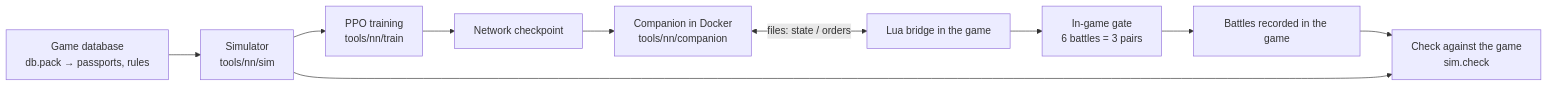
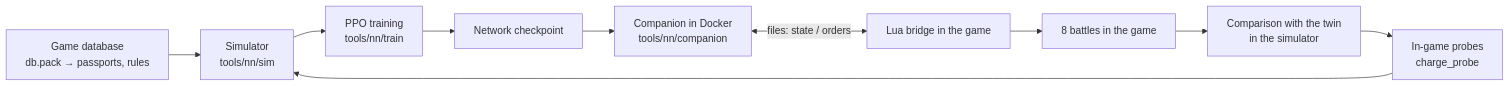
Before and after one commit to DimaZero7/TWW3-batle-ai: the diagram in docs/en/summary.md, drawn with Mermaid. The commit also changed other lines of this file and 1 other file, not shown here.

Commit message:
Docs: the project summary rewritten for the current state (network v2, the iteration circle with 8 in-game battles and the twin, the replay of 72 battles, the main gaps); 49 -> 22 KB

````diff
--- a/docs/en/summary.md
+++ b/docs/en/summary.md
@@ -22,12 +18,12 @@
 ```mermaid
 flowchart LR
   db["Game database<br/>db.pack → passports, rules"] --> sim["Simulator<br/>tools/nn/sim"]
-  rec["Battles recorded in the game"] --> chk["Check against the game<br/>sim.check"]
-  sim --> chk
+  probe["In-game probes<br/>charge_probe"] --> sim
   sim --> train["PPO training<br/>tools/nn/train"]
   train --> ckpt["Network checkpoint"]
   ckpt --> comp["Companion in Docker<br/>tools/nn/companion"]
   comp <-->|"files: state / orders"| bridge["Lua bridge in the game"]
-  bridge --> gate["In-game gate<br/>6 battles = 3 pairs"]
-  gate --> rec
+  bridge --> set8["8 battles in the game"]
+  set8 --> twin["Comparison with the twin<br/>in the simulator"]
+  twin --> probe
 ```
````
